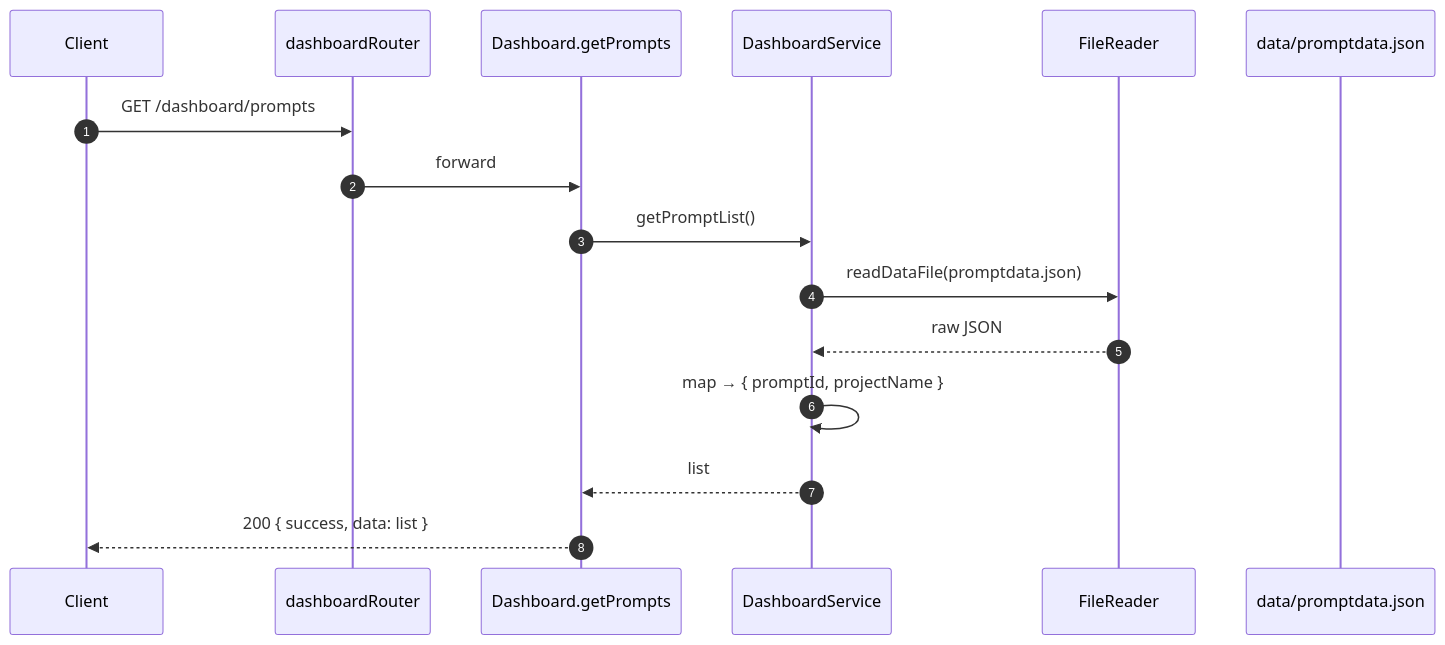
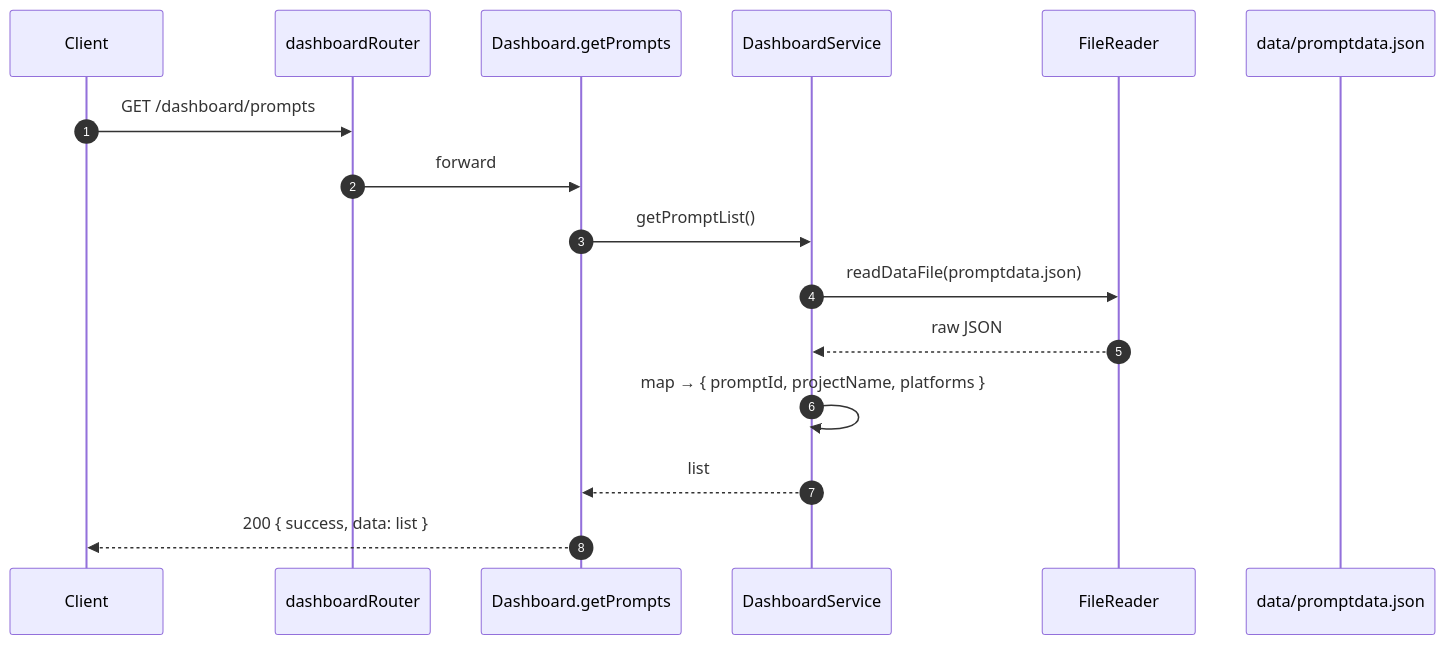
Before and after one commit to iamcasperwein/testcase-analysis-and-generator: the ninth of 16 diagrams in README.md, drawn with Mermaid. The commit also changed other lines of this file and 56 other files, not shown here.

````diff
--- a/README.md
+++ b/README.md
@@ -665,19 +687,19 @@
 ```mermaid
 sequenceDiagram
     autonumber
     participant Client
     participant Router as dashboardRouter
     participant Ctrl as Dashboard.getPrompts
     participant Svc as DashboardService
     participant FR as FileReader
     participant FS as data/promptdata.json
 
     Client->>Router: GET /dashboard/prompts
     Router->>Ctrl: forward
     Ctrl->>Svc: getPromptList()
     Svc->>FR: readDataFile(promptdata.json)
     FR-->>Svc: raw JSON
-    Svc->>Svc: map → { promptId, projectName }
+    Svc->>Svc: map → { promptId, projectName, platforms }
     Svc-->>Ctrl: list
     Ctrl-->>Client: 200 { success, data: list }
 ```
````
